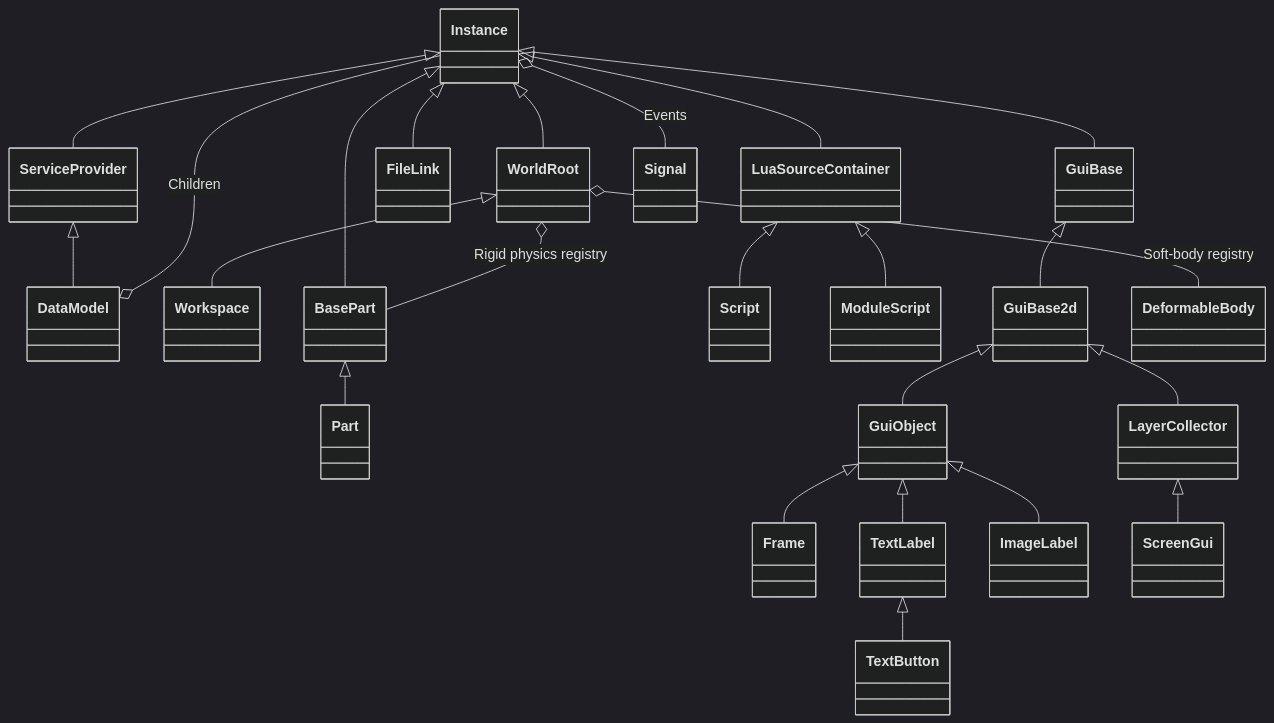
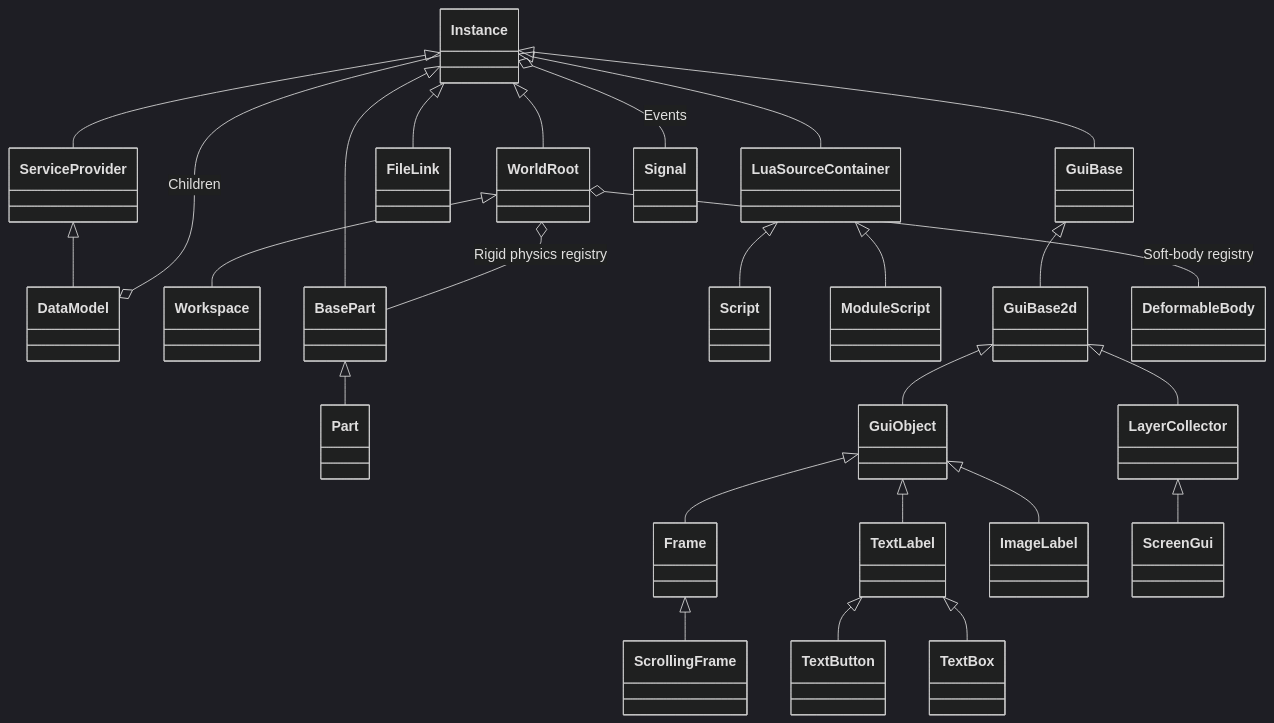
One commit to gmoddev/gargantuan changed the second of 3 diagrams in devdocs/CurrentArchitecture/README.md. Above: the diagram before and after it, drawn with Mermaid (dark theme). The commit also changed other lines of this file and 9 other files, not shown here.

Commit message:
Document GUI Foundation 2 architecture

````diff
--- a/devdocs/CurrentArchitecture/README.md
+++ b/devdocs/CurrentArchitecture/README.md
@@ -123,26 +126,28 @@
 ```mermaid
 classDiagram
     Instance <|-- ServiceProvider
     ServiceProvider <|-- DataModel
     Instance <|-- WorldRoot
     WorldRoot <|-- Workspace
     Instance <|-- BasePart
     BasePart <|-- Part
     Instance <|-- LuaSourceContainer
     LuaSourceContainer <|-- Script
     LuaSourceContainer <|-- ModuleScript
     Instance <|-- FileLink
     Instance <|-- GuiBase
     GuiBase <|-- GuiBase2d
     GuiBase2d <|-- GuiObject
     GuiObject <|-- Frame
 	GuiObject <|-- TextLabel
 	TextLabel <|-- TextButton
+	TextLabel <|-- TextBox
 	GuiObject <|-- ImageLabel
+	Frame <|-- ScrollingFrame
 	GuiBase2d <|-- LayerCollector
 	LayerCollector <|-- ScreenGui
     DataModel o-- Instance : Children
     Instance o-- Signal : Events
     WorldRoot o-- BasePart : Rigid physics registry
     WorldRoot o-- DeformableBody : Soft-body registry
 ```
````
